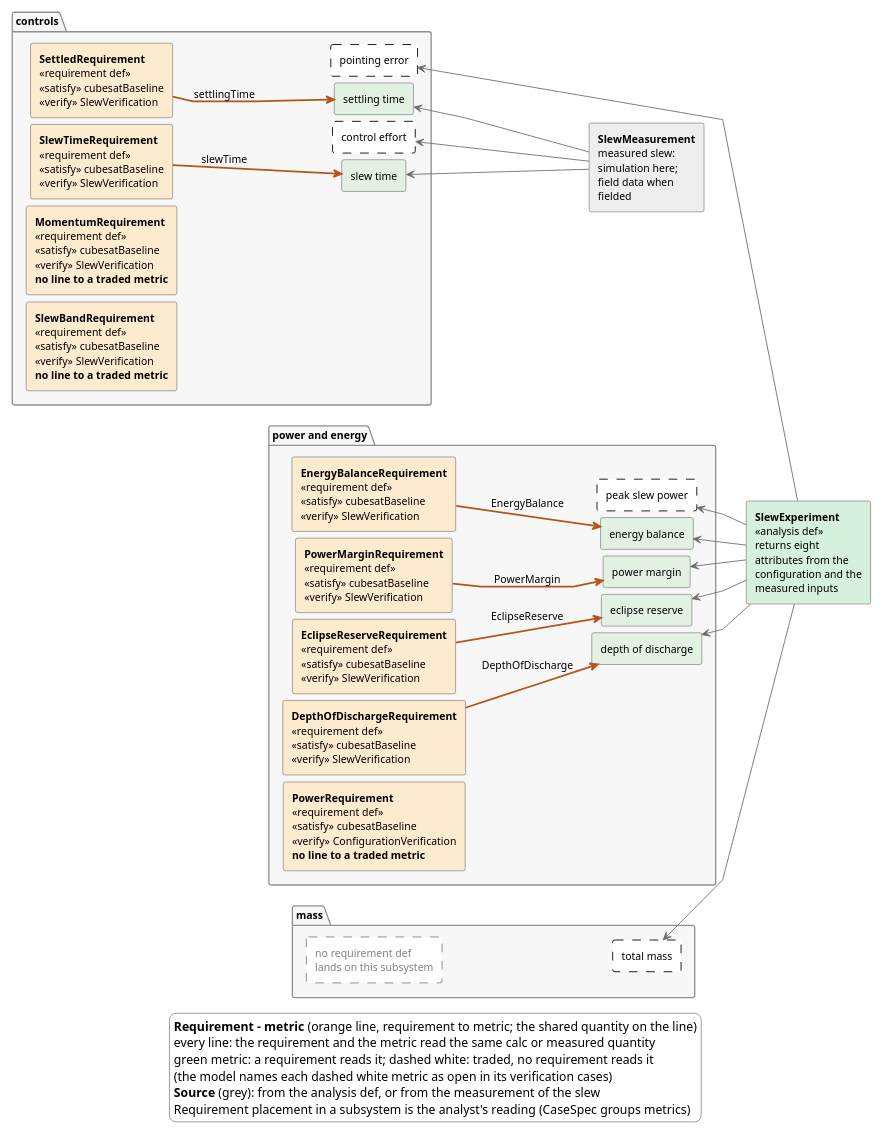
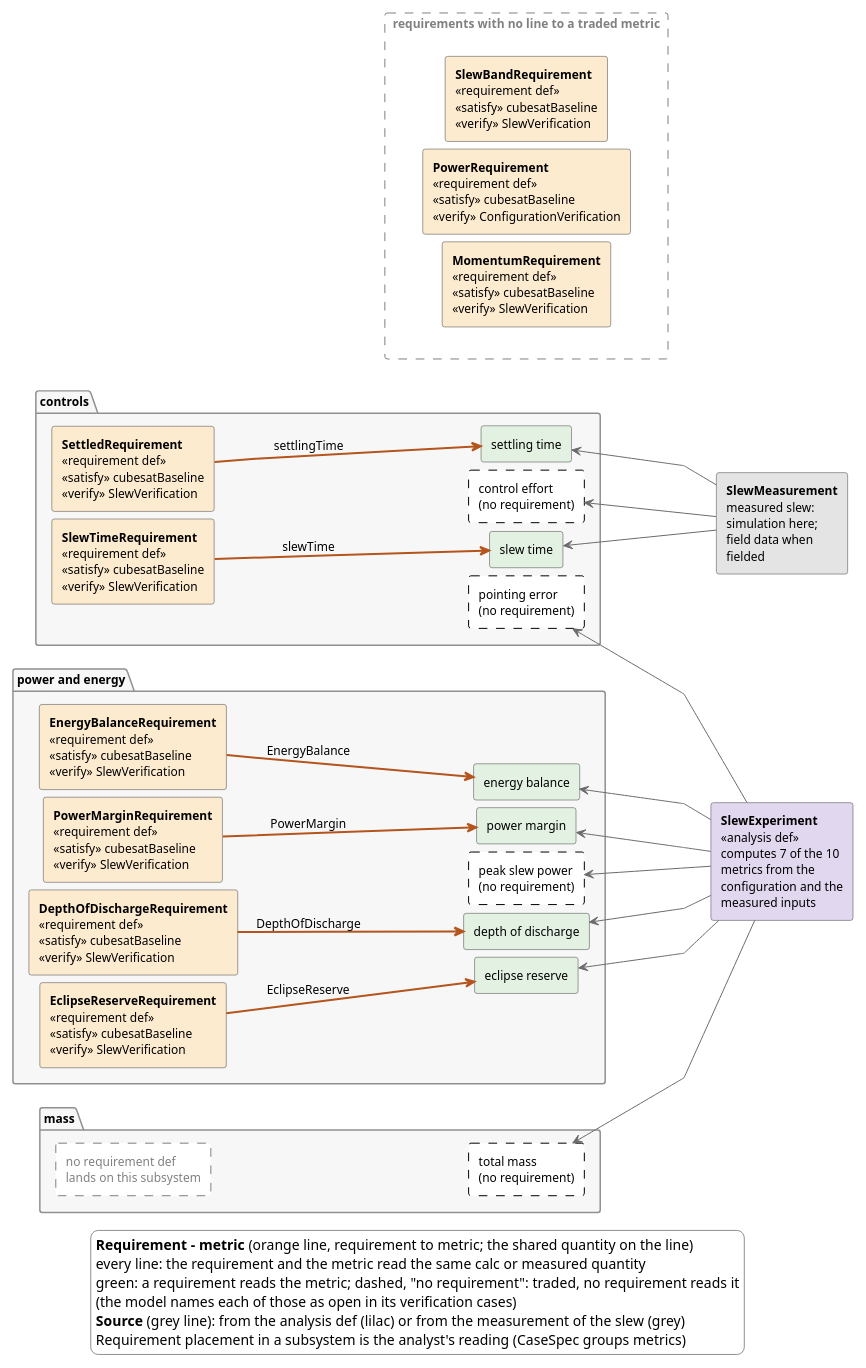
Before and after one commit to DynamicalSystemsGroup/hyperbolic-trade-space: the diagram in docs/superpowers/notes/spike-sysml-diagrams/out/r1/behavioural_view.puml, drawn with PlantUML. The commit also changed 11 other files, not shown here.

Commit message:
WP22 round 2: controlEffort a SlewMeasurement attribute bound in the analysis; behavioural view with no-line requirements apart, distinct source colours, captioned dashed boxes, short source arrows; assembly alternatives in enum order; ledger re-runs supersede round 1; reviewer record

```diff
--- a/docs/superpowers/notes/spike-sysml-diagrams/out/r1/behavioural_view.puml
+++ b/docs/superpowers/notes/spike-sysml-diagrams/out/r1/behavioural_view.puml
@@ -1,90 +1,99 @@
 @startuml
 left to right direction
 skinparam linetype polyline
 skinparam shadowing false
 skinparam defaultFontName SansSerif
 skinparam defaultFontSize 12
 skinparam ClassBackgroundColor white
 skinparam ClassBorderColor #404040
 skinparam ClassAttributeIconSize 0
 skinparam ArrowColor #404040
 skinparam RectangleBackgroundColor white
 skinparam RectangleBorderColor #404040
 skinparam PackageBackgroundColor #F7F7F7
 skinparam PackageBorderColor #909090
 skinparam LegendBackgroundColor white
 skinparam LegendBorderColor #909090
 skinparam nodesep 8
 skinparam ranksep 36
 hide circle
 hide empty members
 
 scale 700 width
 
 package "controls" {
   rectangle "**SettledRequirement**\n<<requirement def>>\n<<satisfy>> cubesatBaseline\n<<verify>> SlewVerification" as xSettledrequirement #FDEBD0
   rectangle "**SlewTimeRequirement**\n<<requirement def>>\n<<satisfy>> cubesatBaseline\n<<verify>> SlewVerification" as xSlewtimerequirement #FDEBD0
-  rectangle "**MomentumRequirement**\n<<requirement def>>\n<<satisfy>> cubesatBaseline\n<<verify>> SlewVerification\n**no line to a traded metric**" as xMomentumrequirement #FDEBD0
-  rectangle "**SlewBandRequirement**\n<<requirement def>>\n<<satisfy>> cubesatBaseline\n<<verify>> SlewVerification\n**no line to a traded metric**" as xSlewbandrequirement #FDEBD0
   rectangle "settling time" as xSettlingTime #E3F1E3
   rectangle "slew time" as xSlewTime #E3F1E3
-  rectangle "control effort" as xControlEffort #FFFFFF;line:black;line.dashed
-  rectangle "pointing error" as xPointingError #FFFFFF;line:black;line.dashed
+  rectangle "control effort\n(no requirement)" as xControlEffort #FFFFFF;line:black;line.dashed
+  rectangle "pointing error\n(no requirement)" as xPointingError #FFFFFF;line:black;line.dashed
 }
+xSettledrequirement -[hidden]right-> xSlewtimerequirement
+xSettlingTime -[hidden]right-> xSlewTime
+xSlewTime -[hidden]right-> xControlEffort
+xControlEffort -[hidden]right-> xPointingError
 xSettledrequirement -[hidden]-> xSettlingTime
-xSettledrequirement -[hidden]-> xSlewTime
-xSettledrequirement -[hidden]-> xControlEffort
-xSettledrequirement -[hidden]-> xPointingError
 package "power and energy" {
   rectangle "**PowerMarginRequirement**\n<<requirement def>>\n<<satisfy>> cubesatBaseline\n<<verify>> SlewVerification" as xPowermarginrequirement #FDEBD0
   rectangle "**EnergyBalanceRequirement**\n<<requirement def>>\n<<satisfy>> cubesatBaseline\n<<verify>> SlewVerification" as xEnergybalancerequirement #FDEBD0
   rectangle "**EclipseReserveRequirement**\n<<requirement def>>\n<<satisfy>> cubesatBaseline\n<<verify>> SlewVerification" as xEclipsereserverequirement #FDEBD0
   rectangle "**DepthOfDischargeRequirement**\n<<requirement def>>\n<<satisfy>> cubesatBaseline\n<<verify>> SlewVerification" as xDepthofdischargerequirement #FDEBD0
-  rectangle "**PowerRequirement**\n<<requirement def>>\n<<satisfy>> cubesatBaseline\n<<verify>> ConfigurationVerification\n**no line to a traded metric**" as xPowerrequirement #FDEBD0
   rectangle "power margin" as xPowerMargin #E3F1E3
   rectangle "energy balance" as xEnergyBalance #E3F1E3
   rectangle "eclipse reserve" as xEclipseReserve #E3F1E3
   rectangle "depth of discharge" as xDepthOfDischarge #E3F1E3
-  rectangle "peak slew power" as xPeakSlewPower #FFFFFF;line:black;line.dashed
+  rectangle "peak slew power\n(no requirement)" as xPeakSlewPower #FFFFFF;line:black;line.dashed
 }
+xPowermarginrequirement -[hidden]right-> xEnergybalancerequirement
+xEnergybalancerequirement -[hidden]right-> xEclipsereserverequirement
+xEclipsereserverequirement -[hidden]right-> xDepthofdischargerequirement
+xPowerMargin -[hidden]right-> xEnergyBalance
+xEnergyBalance -[hidden]right-> xEclipseReserve
+xEclipseReserve -[hidden]right-> xDepthOfDischarge
+xDepthOfDischarge -[hidden]right-> xPeakSlewPower
 xPowermarginrequirement -[hidden]-> xPowerMargin
-xPowermarginrequirement -[hidden]-> xEnergyBalance
-xPowermarginrequirement -[hidden]-> xEclipseReserve
-xPowermarginrequirement -[hidden]-> xDepthOfDischarge
-xPowermarginrequirement -[hidden]-> xPeakSlewPower
 package "mass" {
   rectangle "no requirement def\nlands on this subsystem" as xNonemass #FFFFFF;line:gray;line.dashed;text:gray
-  rectangle "total mass" as xTotalMass #FFFFFF;line:black;line.dashed
+  rectangle "total mass\n(no requirement)" as xTotalMass #FFFFFF;line:black;line.dashed
 }
 xNonemass -[hidden]-> xTotalMass
+rectangle "requirements with no line to a traded metric" as xNoLine #FFFFFF;line:gray;line.dashed;text:gray {
+  rectangle "**MomentumRequirement**\n<<requirement def>>\n<<satisfy>> cubesatBaseline\n<<verify>> SlewVerification" as xMomentumrequirement #FDEBD0
+  rectangle "**PowerRequirement**\n<<requirement def>>\n<<satisfy>> cubesatBaseline\n<<verify>> ConfigurationVerification" as xPowerrequirement #FDEBD0
+  rectangle "**SlewBandRequirement**\n<<requirement def>>\n<<satisfy>> cubesatBaseline\n<<verify>> SlewVerification" as xSlewbandrequirement #FDEBD0
+  xMomentumrequirement -[hidden]right-> xPowerrequirement
+  xPowerrequirement -[hidden]right-> xSlewbandrequirement
+}
+xNoLine -[hidden]right-> xTotalMass
 
-rectangle "**SlewExperiment**\n<<analysis def>>\nreturns eight\nattributes from the\nconfiguration and the\nmeasured inputs" as xAnalysis #D5F0DC
-rectangle "**SlewMeasurement**\nmeasured slew:\nsimulation here;\nfield data when\nfielded" as xMeasure #EEEEEE
-xMeasure -[hidden]down-> xAnalysis
+rectangle "**SlewExperiment**\n<<analysis def>>\ncomputes 7 of the 10\nmetrics from the\nconfiguration and the\nmeasured inputs" as xAnalysis #E1D8F0
+rectangle "**SlewMeasurement**\nmeasured slew:\nsimulation here;\nfield data when\nfielded" as xMeasure #E4E4E4
+xMeasure -[hidden]right-> xAnalysis
 
 xDepthofdischargerequirement -[#B5541C,thickness=2]-> xDepthOfDischarge : DepthOfDischarge
 xEclipsereserverequirement -[#B5541C,thickness=2]-> xEclipseReserve : EclipseReserve
 xEnergybalancerequirement -[#B5541C,thickness=2]-> xEnergyBalance : EnergyBalance
 xPowermarginrequirement -[#B5541C,thickness=2]-> xPowerMargin : PowerMargin
 xSettledrequirement -[#B5541C,thickness=2]-> xSettlingTime : settlingTime
 xSlewtimerequirement -[#B5541C,thickness=2]-> xSlewTime : slewTime
 xSettlingTime <-[#6B6B6B]- xMeasure
 xSlewTime <-[#6B6B6B]- xMeasure
 xPointingError <-[#6B6B6B]- xAnalysis
 xTotalMass <-[#6B6B6B]- xAnalysis
 xControlEffort <-[#6B6B6B]- xMeasure
 xPowerMargin <-[#6B6B6B]- xAnalysis
 xEnergyBalance <-[#6B6B6B]- xAnalysis
 xEclipseReserve <-[#6B6B6B]- xAnalysis
 xPeakSlewPower <-[#6B6B6B]- xAnalysis
 xDepthOfDischarge <-[#6B6B6B]- xAnalysis
 
 legend bottom
   **Requirement - metric** (orange line, requirement to metric; the shared quantity on the line)
   every line: the requirement and the metric read the same calc or measured quantity
-  green metric: a requirement reads it; dashed white: traded, no requirement reads it
-  (the model names each dashed white metric as open in its verification cases)
-  **Source** (grey): from the analysis def, or from the measurement of the slew
+  green: a requirement reads the metric; dashed, "no requirement": traded, no requirement reads it
+  (the model names each of those as open in its verification cases)
+  **Source** (grey line): from the analysis def (lilac) or from the measurement of the slew (grey)
   Requirement placement in a subsystem is the analyst's reading (CaseSpec groups metrics)
 end legend
 @enduml
```
